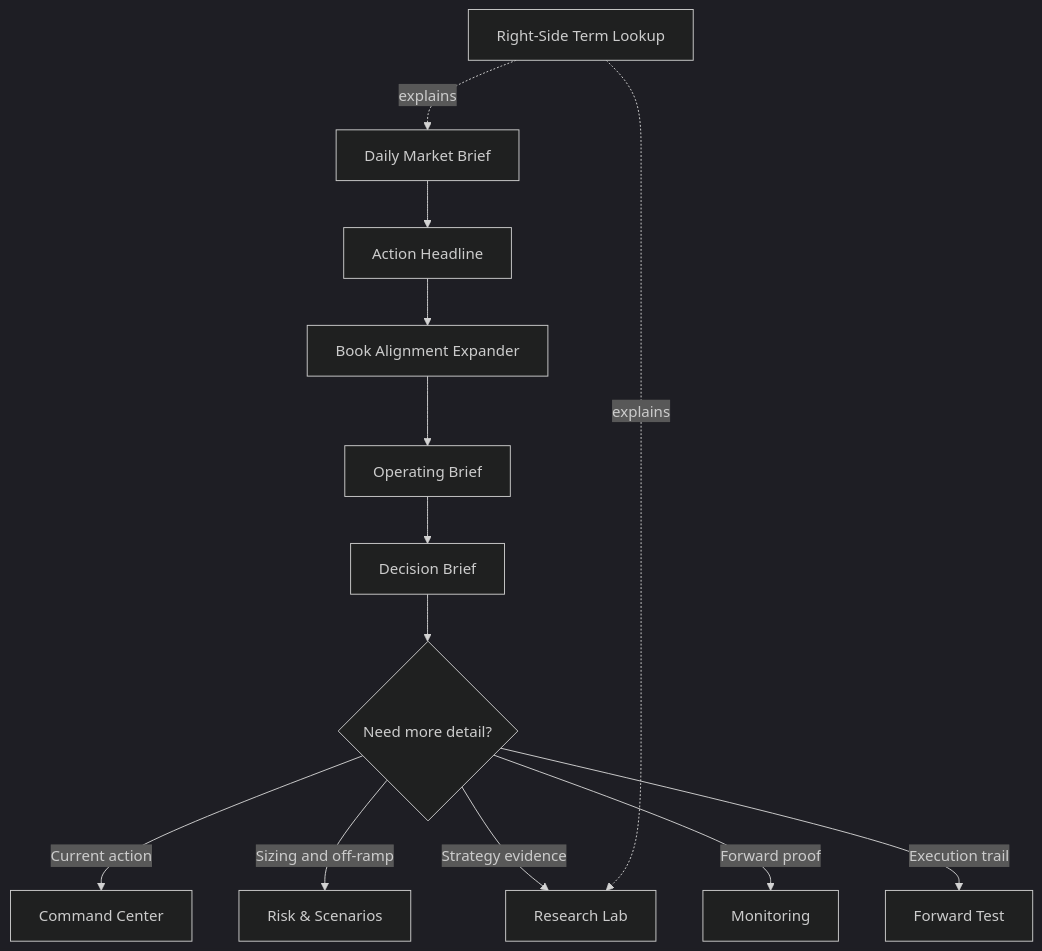
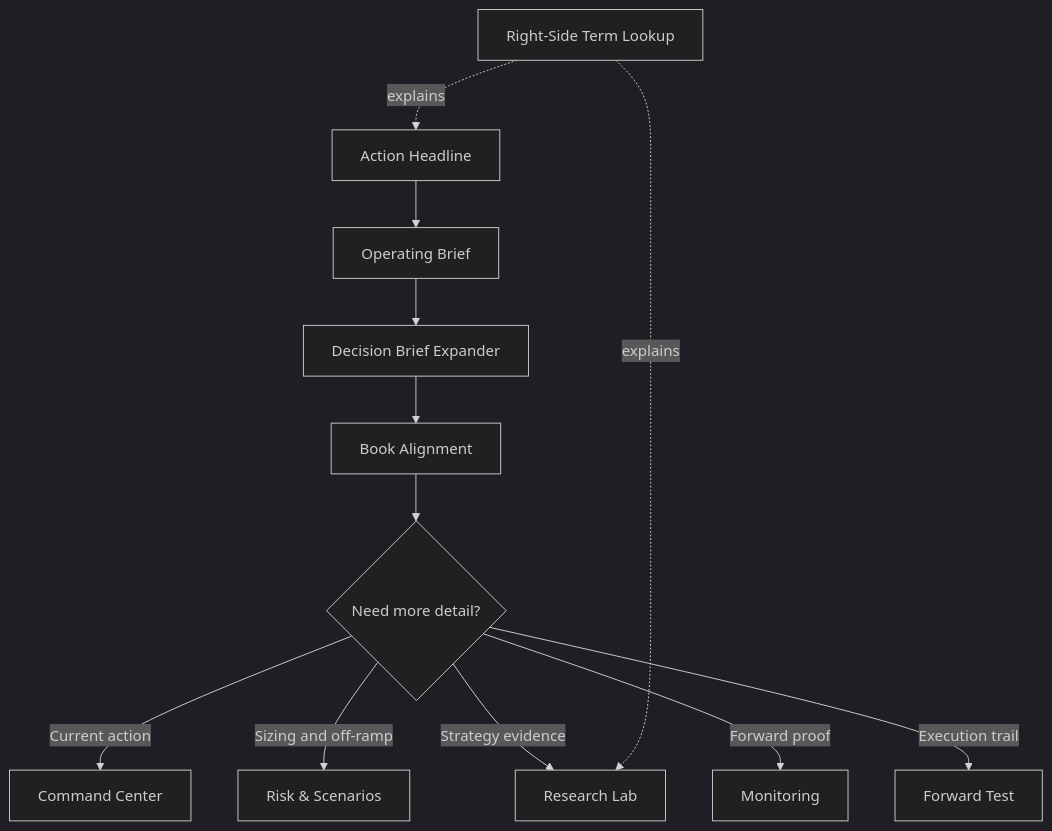
The second of 2 diagrams in README.md (Jbultema/trade-bot), drawn with Mermaid (dark theme) before and after one commit. The commit also changed other lines of this file and 10 other files, not shown here.

````diff
--- a/README.md
+++ b/README.md
@@ -128,15 +128,14 @@
 ```mermaid
 flowchart TD
-    A[Daily Market Brief] --> B[Action Headline]
-    B --> C[Book Alignment Expander]
-    C --> D[Operating Brief]
-    D --> E[Decision Brief]
-    E --> F{Need more detail?}
-    F -->|Current action| G[Command Center]
-    F -->|Sizing and off-ramp| H[Risk & Scenarios]
-    F -->|Strategy evidence| I[Research Lab]
-    F -->|Forward proof| J[Monitoring]
-    F -->|Execution trail| K[Forward Test]
-    L[Right-Side Term Lookup] -. explains .-> A
-    L -. explains .-> I
+    A[Action Headline] --> B[Operating Brief]
+    B --> C[Decision Brief Expander]
+    C --> D[Book Alignment]
+    D --> E{Need more detail?}
+    E -->|Current action| F[Command Center]
+    E -->|Sizing and off-ramp| G[Risk & Scenarios]
+    E -->|Strategy evidence| H[Research Lab]
+    E -->|Forward proof| I[Monitoring]
+    E -->|Execution trail| J[Forward Test]
+    K[Right-Side Term Lookup] -. explains .-> A
+    K -. explains .-> H
 ```
````
